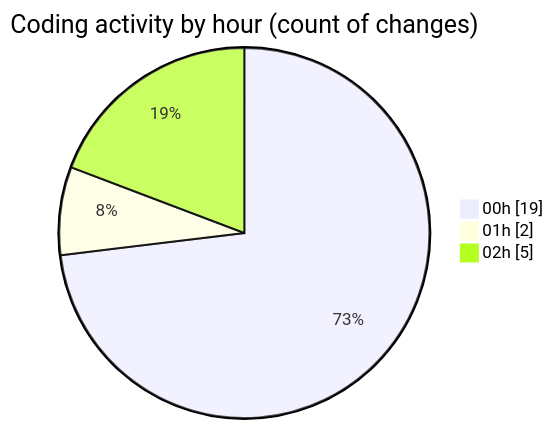
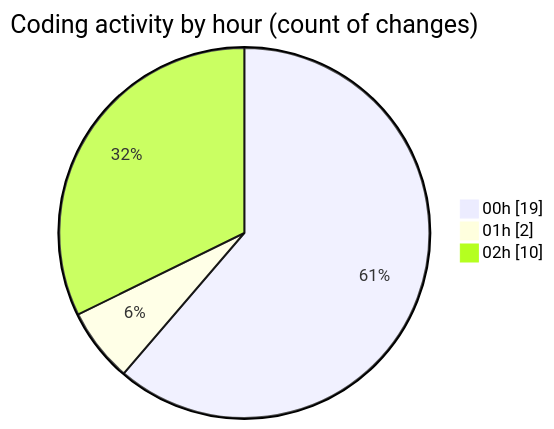
The second of 2 diagrams in 2025-10-21/eventscop-frontend-guide__workspace_/README.md (julien-gomy/code-tracking), drawn with Mermaid before and after one commit. The commit also changed other lines of this file and 1 other file, not shown here.

````diff
--- a/2025-10-21/eventscop-frontend-guide__workspace_/README.md
+++ b/2025-10-21/eventscop-frontend-guide__workspace_/README.md
@@ -38,7 +39,7 @@
 ```mermaid
 pie showData
 title Coding activity by hour (count of changes)
 "00h" : 19
 "01h" : 2
-"02h" : 5
+"02h" : 10
 ```
````
